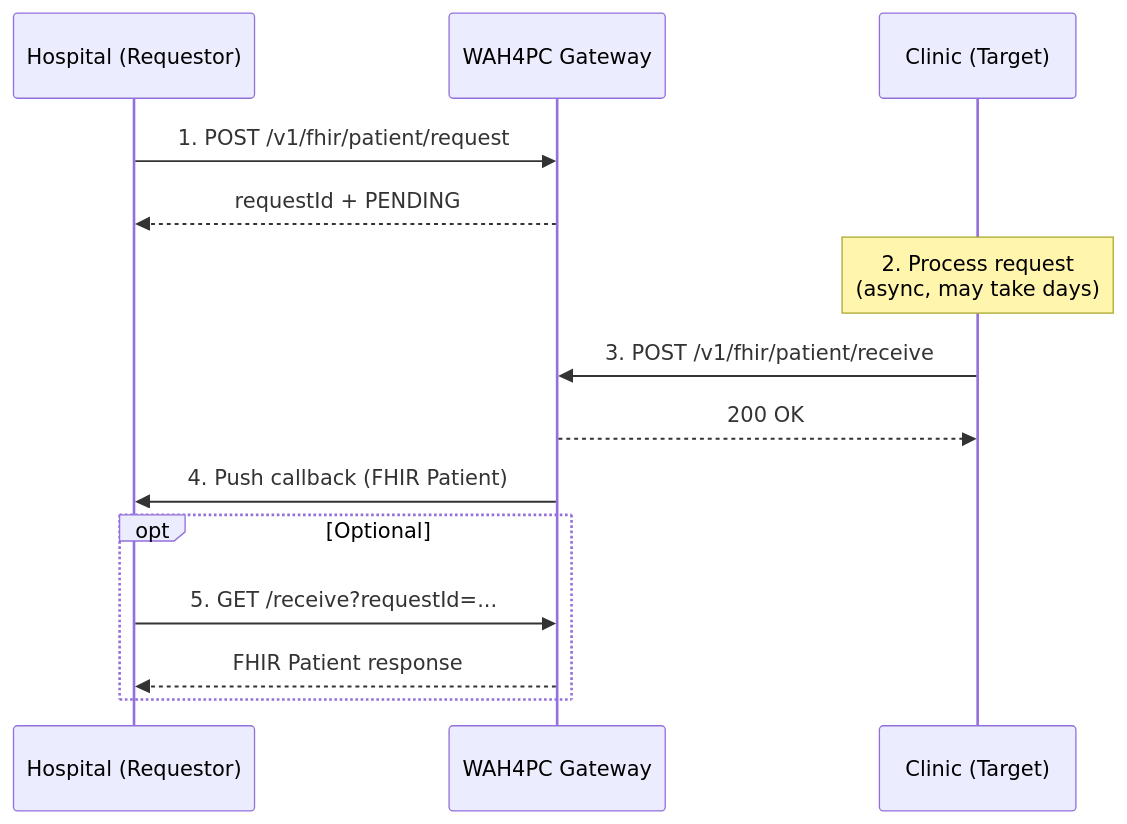
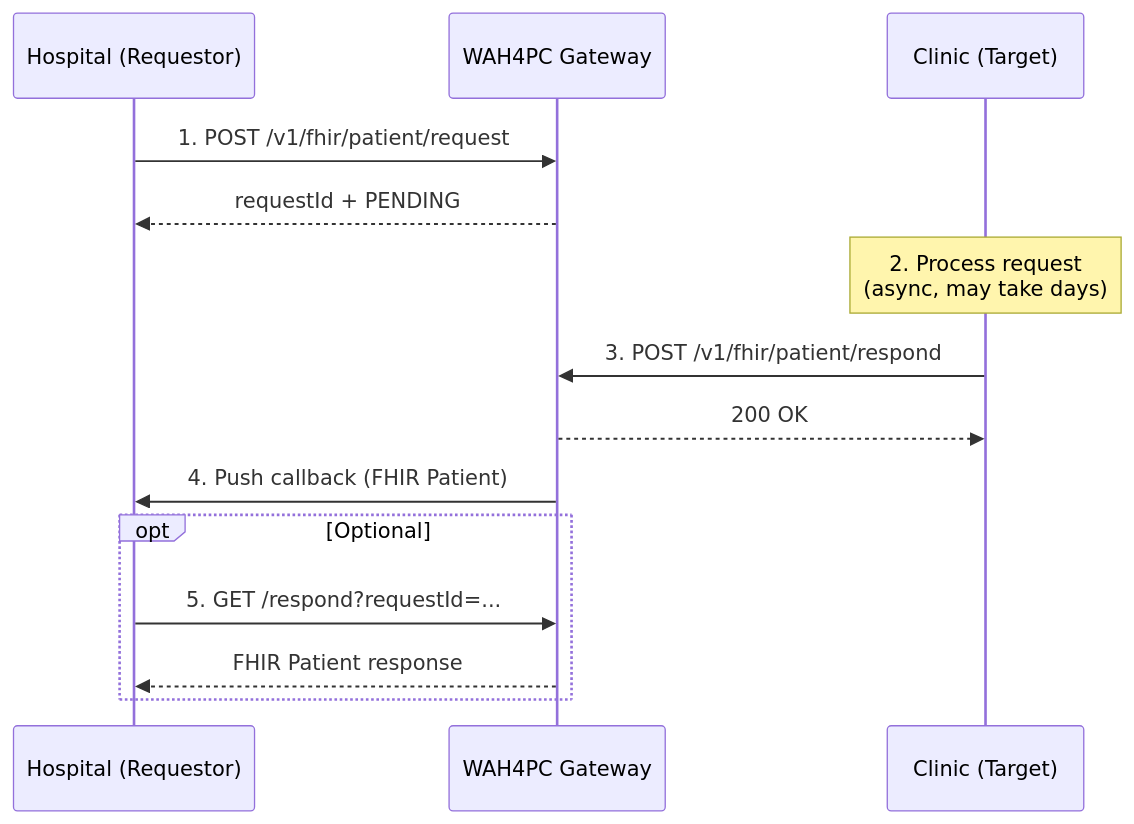
Before and after one commit to ceciliomichael/go-wah4pc: the diagram in docs/manual/flow-overview.md, drawn with Mermaid. The commit also changed other lines of this file and 12 other files, not shown here.

Commit message:
Refactor API endpoints for patient data handling: rename '/receive' to '/respond' and update related documentation and examples

````diff
--- a/docs/manual/flow-overview.md
+++ b/docs/manual/flow-overview.md
@@ -11,21 +11,21 @@
 ```mermaid
 sequenceDiagram
     participant H as Hospital (Requestor)
     participant W as WAH4PC Gateway
     participant C as Clinic (Target)
 
     H->>W: 1. POST /v1/fhir/patient/request
     W-->>H: requestId + PENDING
 
     Note over C: 2. Process request<br/>(async, may take days)
 
-    C->>W: 3. POST /v1/fhir/patient/receive
+    C->>W: 3. POST /v1/fhir/patient/respond
     W-->>C: 200 OK
 
     W->>H: 4. Push callback (FHIR Patient)
 
     opt Optional
-        H->>W: 5. GET /receive?requestId=...
+        H->>W: 5. GET /respond?requestId=...
         W-->>H: FHIR Patient response
     end
 ```
````
